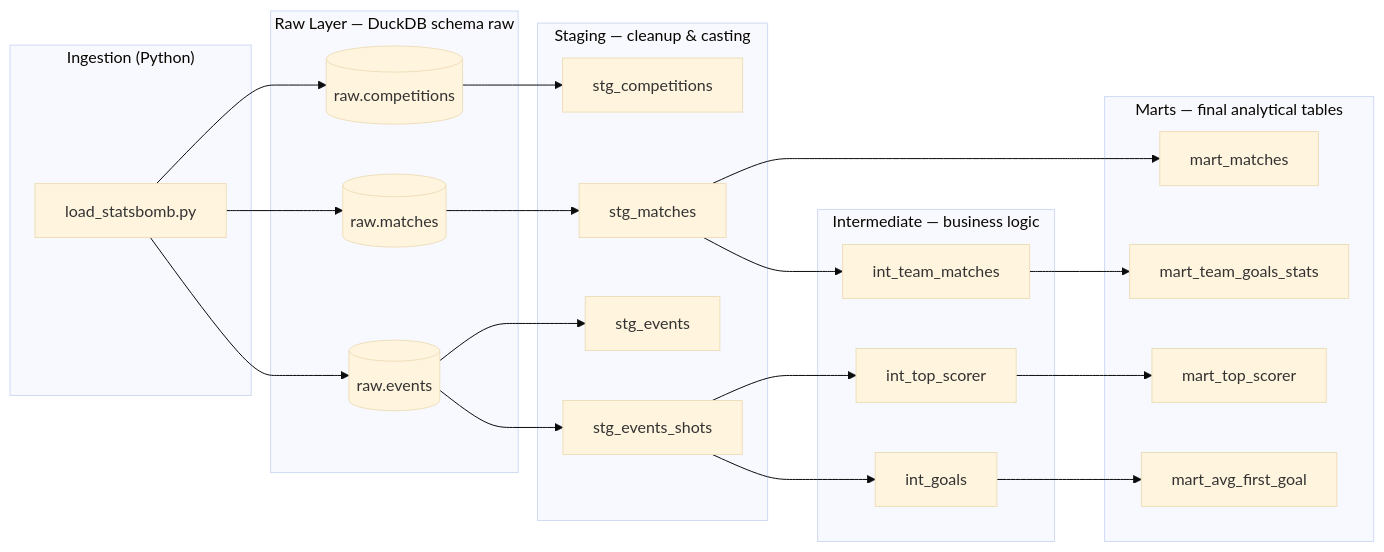
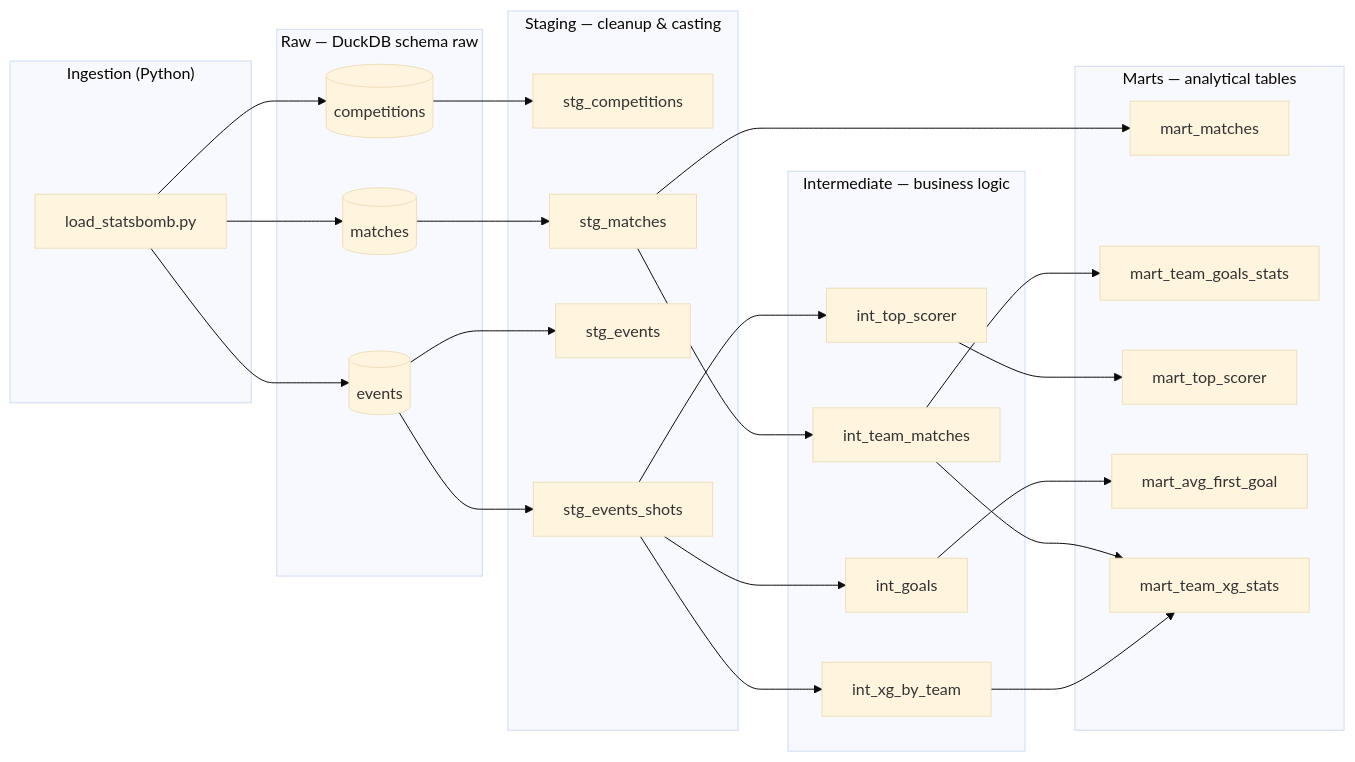
One commit to MatiasPeralta03/football_dw changed the diagram in README.md. Above: the diagram before and after it, drawn with Mermaid (base theme). The commit also changed other lines of this file and 10 other files, not shown here.

````diff
--- a/README.md
+++ b/README.md
@@ -25,43 +36,46 @@
 ```mermaid
 flowchart LR
     subgraph INGESTION ["Ingestion (Python)"]
         PY["load_statsbomb.py"]
     end
 
-    subgraph RAW ["Raw Layer — DuckDB schema raw"]
-        R1[("raw.competitions")]
-        R2[("raw.matches")]
-        R3[("raw.events")]
+    subgraph RAW ["Raw — DuckDB schema raw"]
+        R1[("competitions")]
+        R2[("matches")]
+        R3[("events")]
     end
 
     subgraph STAGING ["Staging — cleanup & casting"]
         S1["stg_competitions"]
         S2["stg_matches"]
         S3["stg_events"]
         S4["stg_events_shots"]
     end
 
     subgraph INTERMEDIATE ["Intermediate — business logic"]
         I1["int_goals"]
         I2["int_team_matches"]
         I3["int_top_scorer"]
+        I4["int_xg_by_team"]
     end
 
-    subgraph MARTS ["Marts — final analytical tables"]
+    subgraph MARTS ["Marts — analytical tables"]
         M1["mart_matches"]
         M2["mart_team_goals_stats"]
         M3["mart_top_scorer"]
         M4["mart_avg_first_goal"]
+        M5["mart_team_xg_stats"]
     end
 
     PY --> R1 & R2 & R3
     R1 --> S1
     R2 --> S2
     R3 --> S3 & S4
-    S4 --> I1 & I3
+    S4 --> I1 & I3 & I4
     S2 --> I2
     S2 --> M1
-    I2 --> M2
+    I2 --> M2 & M5
     I3 --> M3
     I1 --> M4
+    I4 --> M5
 ```
````
